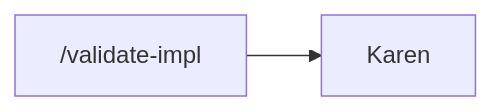
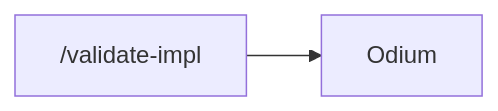
One commit to AlarQ/SDD-hub changed diagram 12 of 15 in docs/workflow-diagram.md. Above: the diagram before and after it, drawn with Mermaid. The commit also changed other lines of this file and 22 other files, not shown here.

````diff
--- a/docs/workflow-diagram.md
+++ b/docs/workflow-diagram.md
@@ -334,4 +334,4 @@
 ```mermaid
 graph LR
-    VIMPL["/validate-impl"] --> KAREN[Karen]
+    VIMPL["/validate-impl"] --> ODIUM[Odium]
 ```
````
